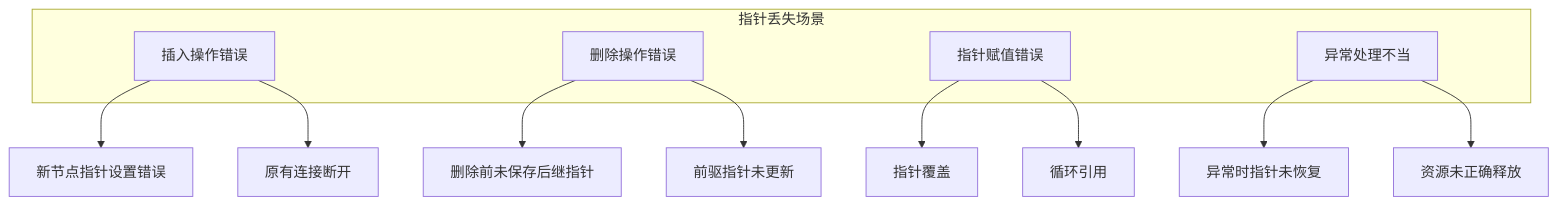
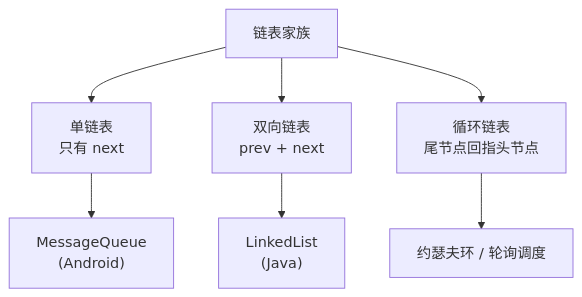
Before and after one commit to chongyang211/YCBookBlog: the fourth of 4 diagrams in 00.通用技术的提升/08.数据结构算法/04.链表的设计和实践.md, drawn with Mermaid. The commit also changed other lines of this file and 194 other files, not shown here.

````diff
--- a/00.通用技术的提升/08.数据结构算法/04.链表的设计和实践.md
+++ b/00.通用技术的提升/08.数据结构算法/04.链表的设计和实践.md
@@ -577,21 +265,10 @@
 ```mermaid
 graph TB
-    subgraph "指针丢失场景"
-        A[插入操作错误]
-        B[删除操作错误]
-        C[指针赋值错误]
-        D[异常处理不当]
-    end
-    
-    A --> A1[新节点指针设置错误]
-    A --> A2[原有连接断开]
-    
-    B --> B1[删除前未保存后继指针]
-    B --> B2[前驱指针未更新]
-    
-    C --> C1[指针覆盖]
-    C --> C2[循环引用]
-    
-    D --> D1[异常时指针未恢复]
-    D --> D2[资源未正确释放]
+    A[链表家族]
+    A --> B[单链表<br/>只有 next]
+    A --> C[双向链表<br/>prev + next]
+    A --> D[循环链表<br/>尾节点回指头节点]
+    B --> B1["MessageQueue<br/>(Android)"]
+    C --> C1["LinkedList<br/>(Java)"]
+    D --> D1["约瑟夫环 / 轮询调度"]
 ```
````
